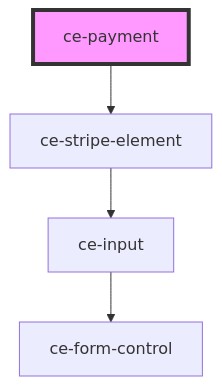
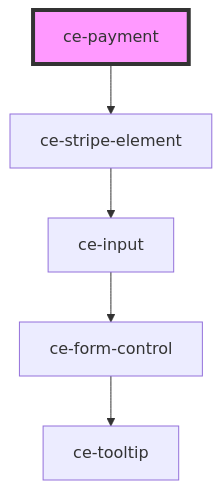
The diagram in packages/components/src/components/controllers/payment/readme.md (surecart/surecart-wp-plugin), drawn with Mermaid before and after one commit. The commit also changed 65 other files, not shown here.

````diff
--- a/packages/components/src/components/controllers/payment/readme.md
+++ b/packages/components/src/components/controllers/payment/readme.md
@@ -25,7 +25,8 @@
 ```mermaid
 graph TD;
   ce-payment --> ce-stripe-element
   ce-stripe-element --> ce-input
   ce-input --> ce-form-control
+  ce-form-control --> ce-tooltip
   style ce-payment fill:#f9f,stroke:#333,stroke-width:4px
 ```
````
